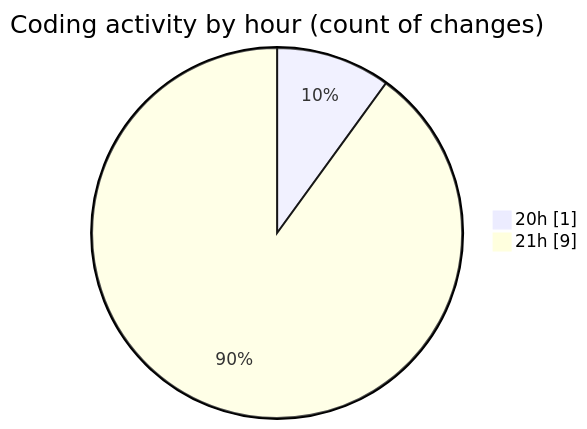
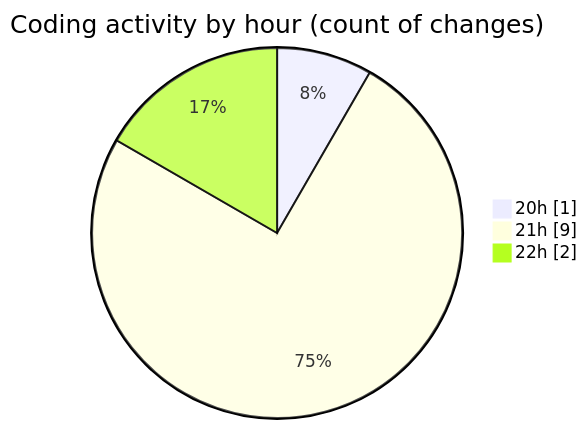
One commit to jadenblack/code-tracking changed the second of 2 diagrams in 2026-02-26/shadcn-admin-kit-main__workspace_/README.md. Above: the diagram before and after it, drawn with Mermaid. The commit also changed other lines of this file and 1 other file, not shown here.

````diff
--- a/2026-02-26/shadcn-admin-kit-main__workspace_/README.md
+++ b/2026-02-26/shadcn-admin-kit-main__workspace_/README.md
@@ -31,6 +31,7 @@
 ```mermaid
 pie showData
 title Coding activity by hour (count of changes)
 "20h" : 1
 "21h" : 9
+"22h" : 2
 ```
````
